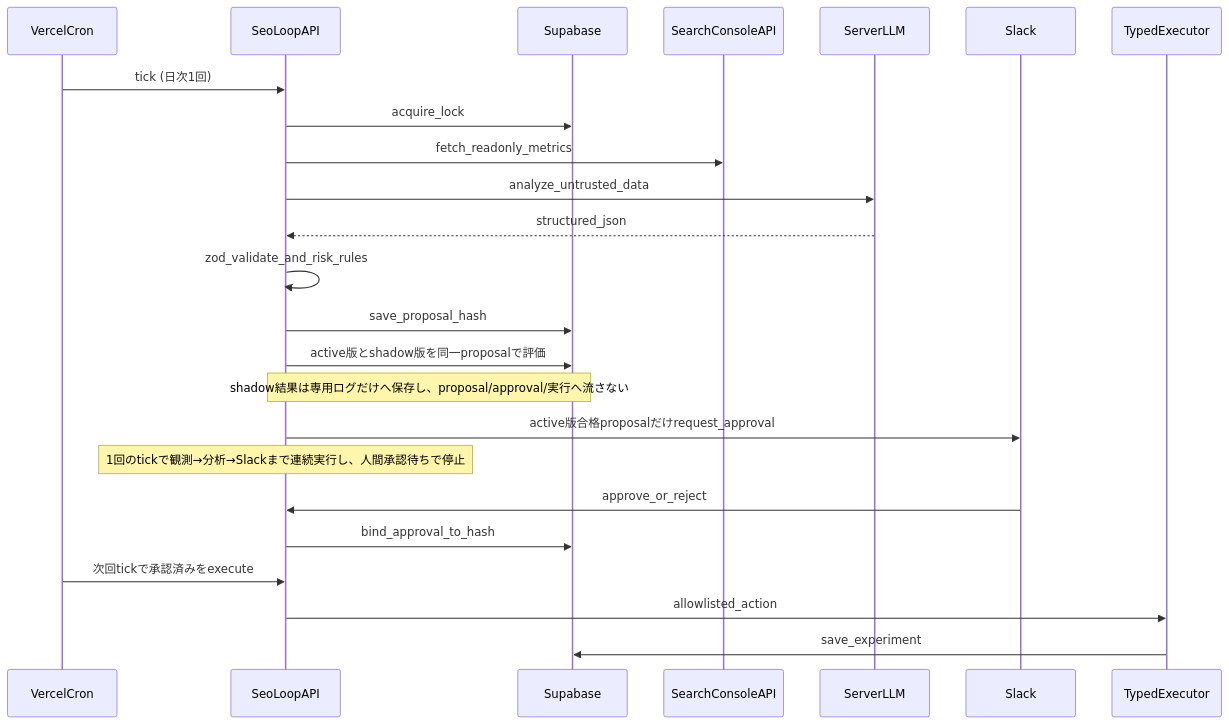
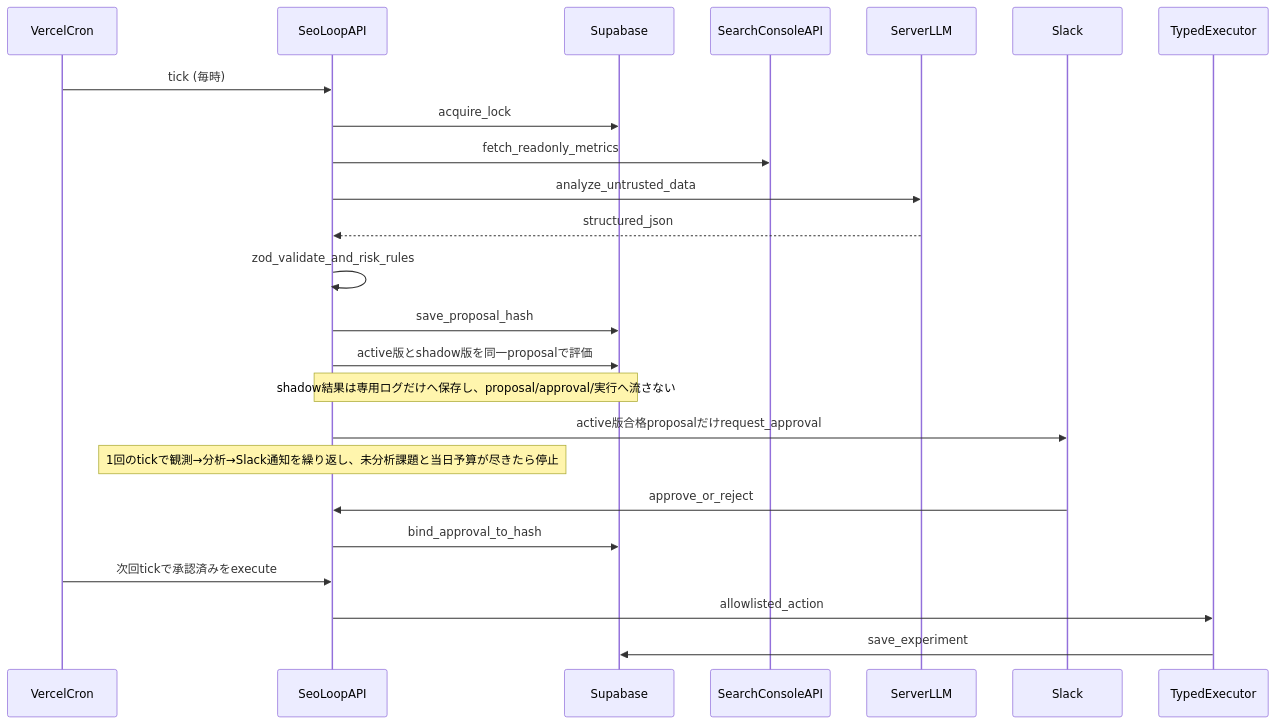
The diagram in docs/SEO_AUTONOMOUS_LOOP.md (kurataraku/survey-app), drawn with Mermaid before and after one commit. The commit also changed other lines of this file and 7 other files, not shown here.

````diff
--- a/docs/SEO_AUTONOMOUS_LOOP.md
+++ b/docs/SEO_AUTONOMOUS_LOOP.md
@@ -7,27 +7,27 @@
 ```mermaid
 sequenceDiagram
   participant Cron as VercelCron
   participant API as SeoLoopAPI
   participant DB as Supabase
   participant GSC as SearchConsoleAPI
   participant LLM as ServerLLM
   participant Slack as Slack
   participant Exec as TypedExecutor
 
-  Cron->>API: tick (日次1回)
+  Cron->>API: tick (毎時)
   API->>DB: acquire_lock
   API->>GSC: fetch_readonly_metrics
   API->>LLM: analyze_untrusted_data
   LLM-->>API: structured_json
   API->>API: zod_validate_and_risk_rules
   API->>DB: save_proposal_hash
   API->>DB: active版とshadow版を同一proposalで評価
   Note over API,DB: shadow結果は専用ログだけへ保存し、proposal/approval/実行へ流さない
   API->>Slack: active版合格proposalだけrequest_approval
-  Note over API: 1回のtickで観測→分析→Slackまで連続実行し、人間承認待ちで停止
+  Note over API: 1回のtickで観測→分析→Slack通知を繰り返し、未分析課題と当日予算が尽きたら停止
   Slack->>API: approve_or_reject
   API->>DB: bind_approval_to_hash
   Cron->>API: 次回tickで承認済みをexecute
   API->>Exec: allowlisted_action
   Exec->>DB: save_experiment
 ```
````
